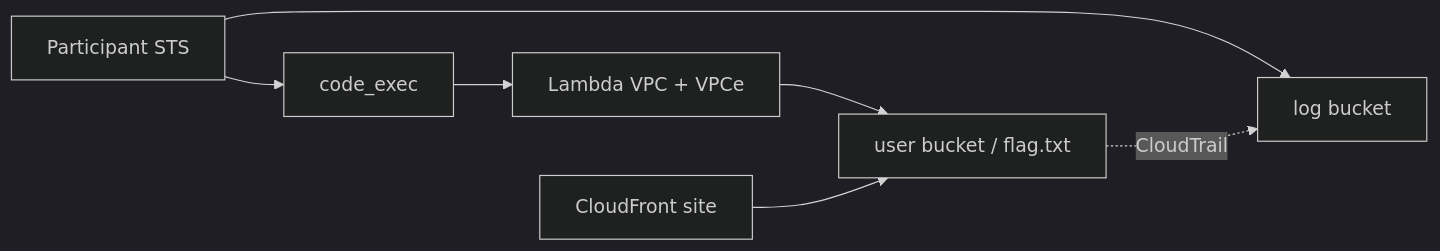
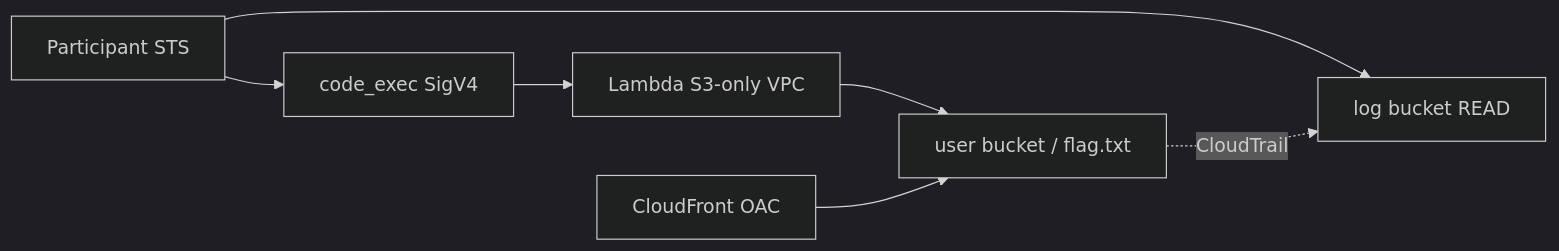
Before and after one commit to FREECANDY-DEV/MAFAT-2026: the diagram in cloud-escape/README.md, drawn with Mermaid. The commit also changed other lines of this file and 6 other files, not shown here.

````diff
--- a/cloud-escape/README.md
+++ b/cloud-escape/README.md
@@ -55,10 +62,10 @@
 ```mermaid
 %%{init: {'theme':'dark'}}%%
 flowchart LR
-    P[Participant STS] --> L[log bucket]
-    P --> C[code_exec]
-    C --> V[Lambda VPC + VPCe]
+    P[Participant STS] --> L[log bucket READ]
+    P --> C[code_exec SigV4]
+    C --> V[Lambda S3-only VPC]
     V --> S[user bucket / flag.txt]
-    CF[CloudFront site] --> S
+    CF[CloudFront OAC] --> S
     S -.->|CloudTrail| L
 ```
````
